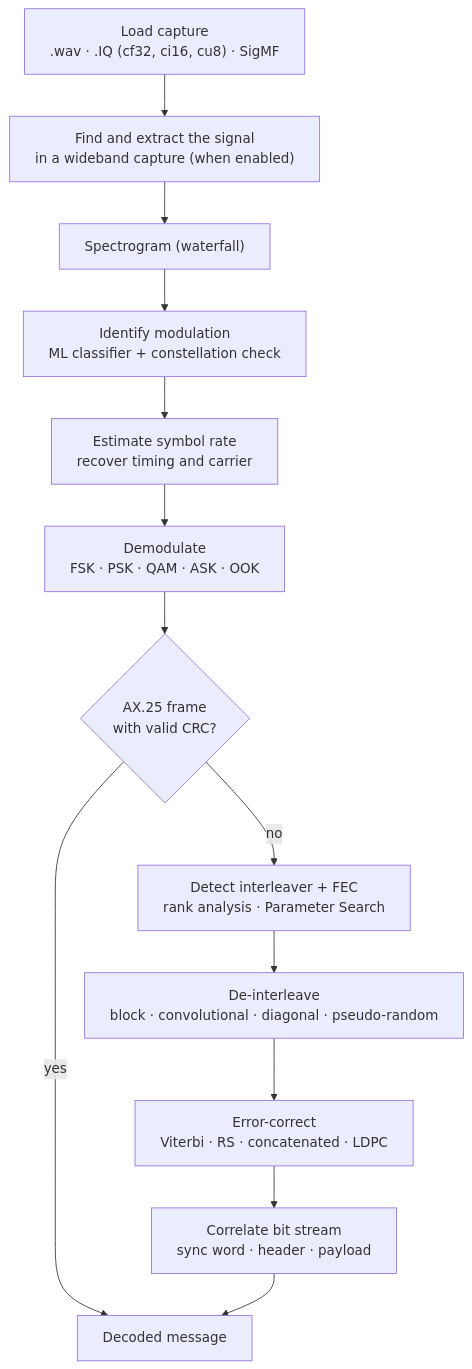
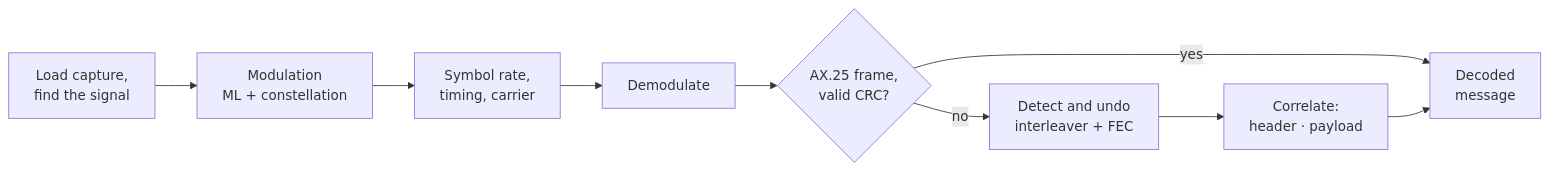
The first of 3 diagrams in README.md (atif09/sig-1), drawn with Mermaid before and after one commit. The commit also changed other lines of this file, not shown here.

````diff
--- a/README.md
+++ b/README.md
@@ -29,16 +28,6 @@
 ```mermaid
-%%{init: {"flowchart": {"wrappingWidth": 420}}}%%
-flowchart TD
-    A["Load capture<br/>.wav · .IQ (cf32, ci16, cu8) · SigMF"] --> B["Find and extract the signal<br/>in a wideband capture (when enabled)"]
-    B --> C["Spectrogram (waterfall)"]
-    C --> D["Identify modulation<br/>ML classifier + constellation check"]
-    D --> E["Estimate symbol rate<br/>recover timing and carrier"]
-    E --> G["Demodulate<br/>FSK · PSK · QAM · ASK · OOK"]
-    G --> H{"AX.25 frame<br/>with valid CRC?"}
-    H -- "yes" --> R["Decoded message"]
-    H -- "no" --> I["Detect interleaver + FEC<br/>rank analysis · Parameter Search"]
-    I --> J["De-interleave<br/>block · convolutional · diagonal · pseudo-random"]
-    J --> K["Error-correct<br/>Viterbi · RS · concatenated · LDPC"]
-    K --> L["Correlate bit stream<br/>sync word · header · payload"]
-    L --> R
+flowchart LR
+    L["Load capture,<br/>find the signal"] --> M["Modulation<br/>ML + constellation"] --> R["Symbol rate,<br/>timing, carrier"] --> D["Demodulate"] --> X{"AX.25 frame,<br/>valid CRC?"}
+    X -- "yes" --> O["Decoded<br/>message"]
+    X -- "no" --> I["Detect and undo<br/>interleaver + FEC"] --> C["Correlate:<br/>header · payload"] --> O
 ```
````
